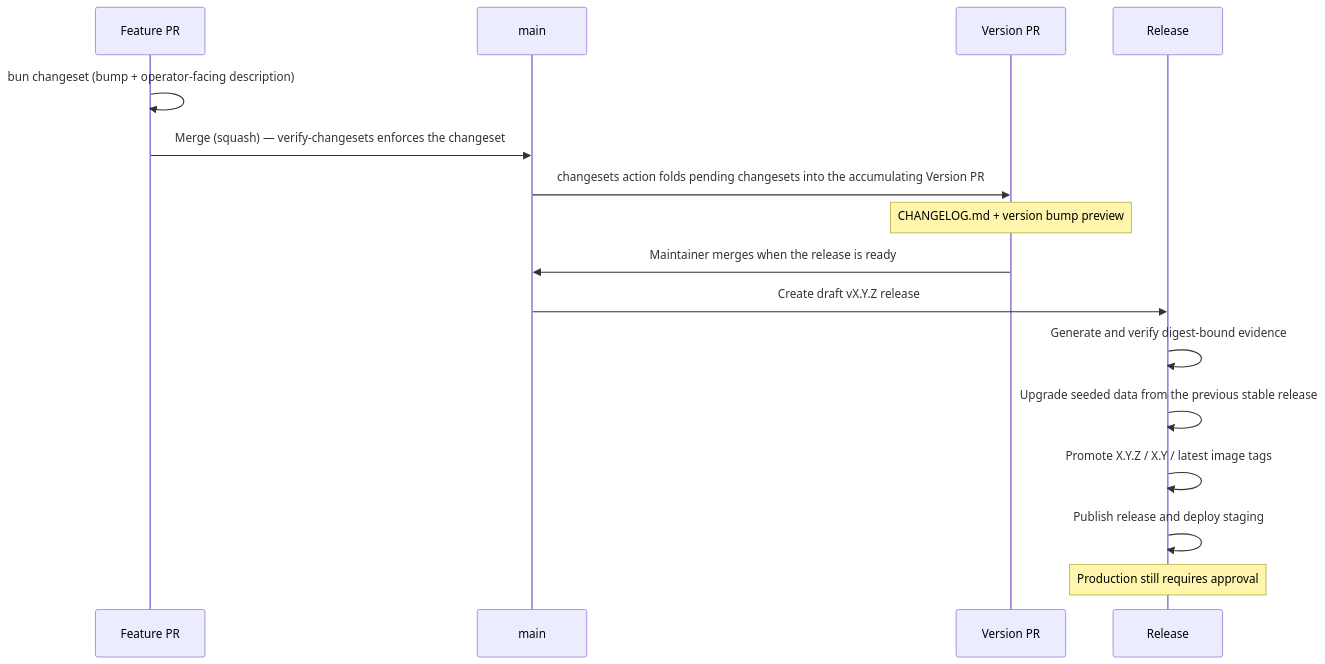
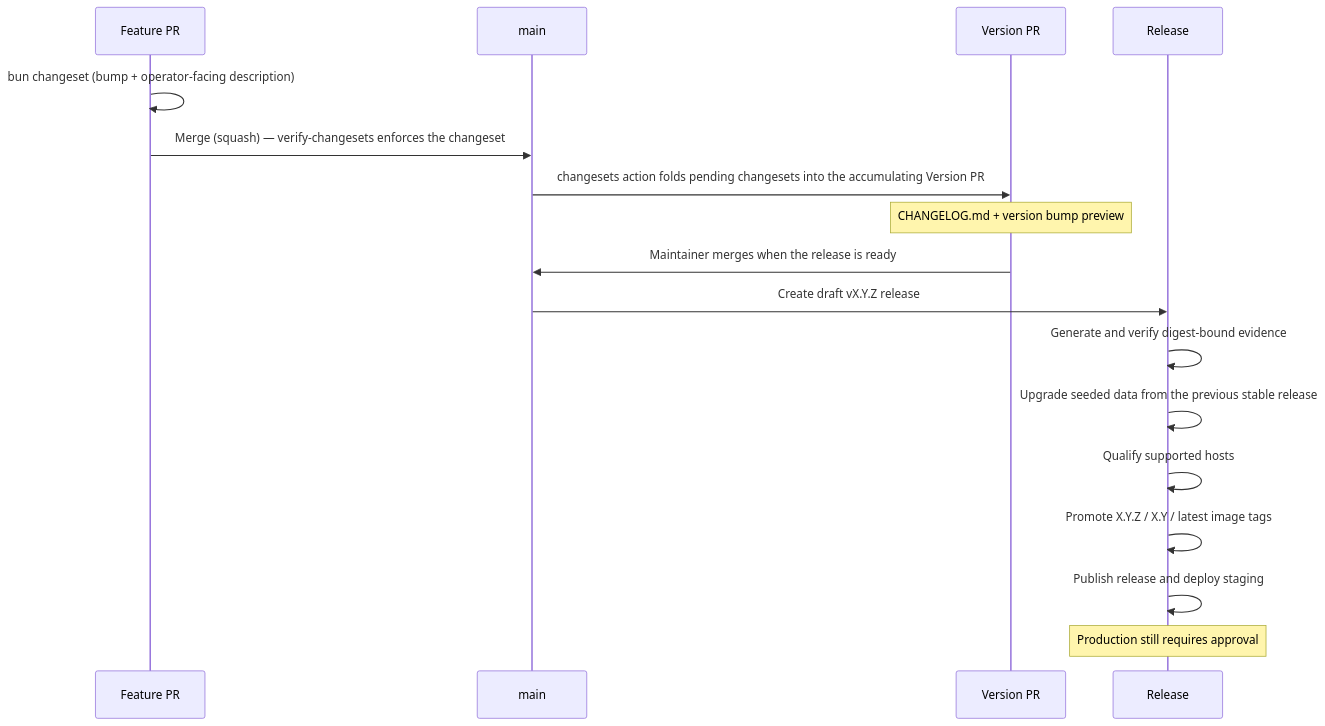
One commit to ls1intum/Hephaestus changed the diagram in docs/contributor/release-management.mdx. Above: the diagram before and after it, drawn with Mermaid. The commit also changed other lines of this file and 3 other files, not shown here.

Commit message:
ci(release): qualify supported self-hosted platforms

````diff
--- a/docs/contributor/release-management.mdx
+++ b/docs/contributor/release-management.mdx
@@ -21,21 +21,22 @@
 ```mermaid
 sequenceDiagram
     accTitle: Changesets release workflow
     accDescr: Feature pull requests add changesets, the version pull request consumes them, and merging the version pull request publishes the release.
     participant PR as Feature PR
     participant M as main
     participant VP as Version PR
     participant R as Release
 
     PR->>PR: bun changeset (bump + operator-facing description)
     PR->>M: Merge (squash) — verify-changesets enforces the changeset
     M->>VP: changesets action folds pending changesets into the accumulating Version PR
     Note over VP: CHANGELOG.md + version bump preview
     VP->>M: Maintainer merges when the release is ready
     M->>R: Create draft vX.Y.Z release
     R->>R: Generate and verify digest-bound evidence
     R->>R: Upgrade seeded data from the previous stable release
+    R->>R: Qualify supported hosts
     R->>R: Promote X.Y.Z / X.Y / latest image tags
     R->>R: Publish release and deploy staging
     Note over R: Production still requires approval
 ```
````
